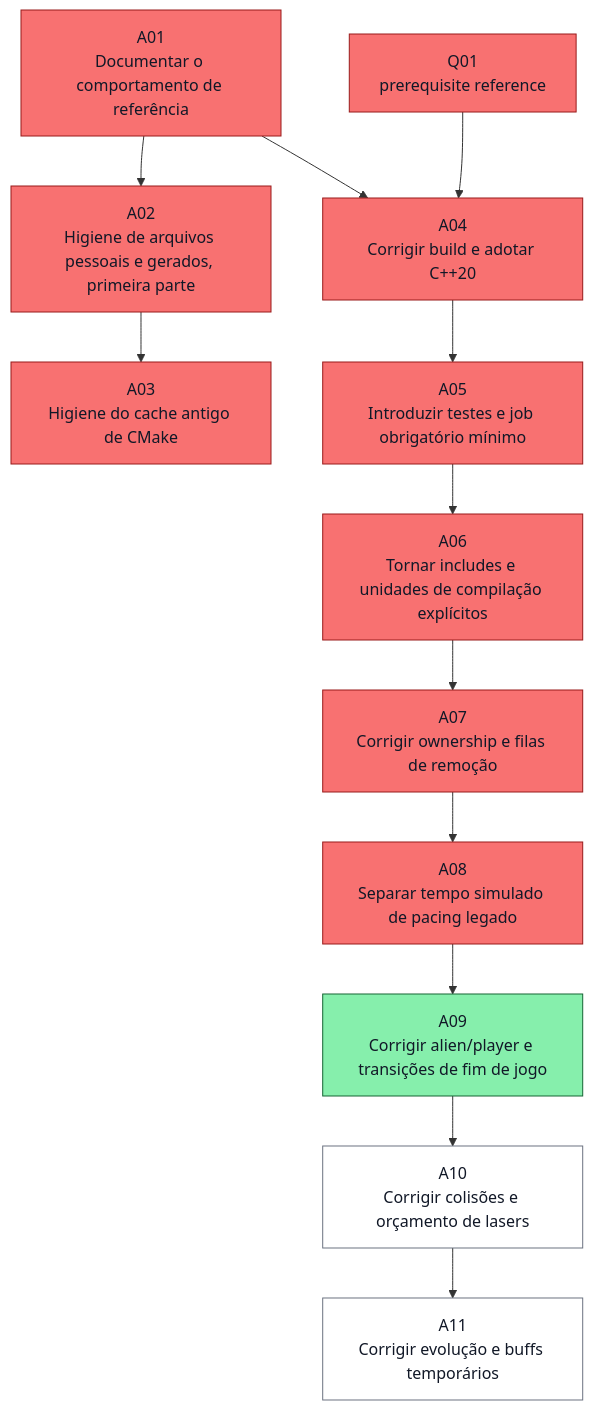
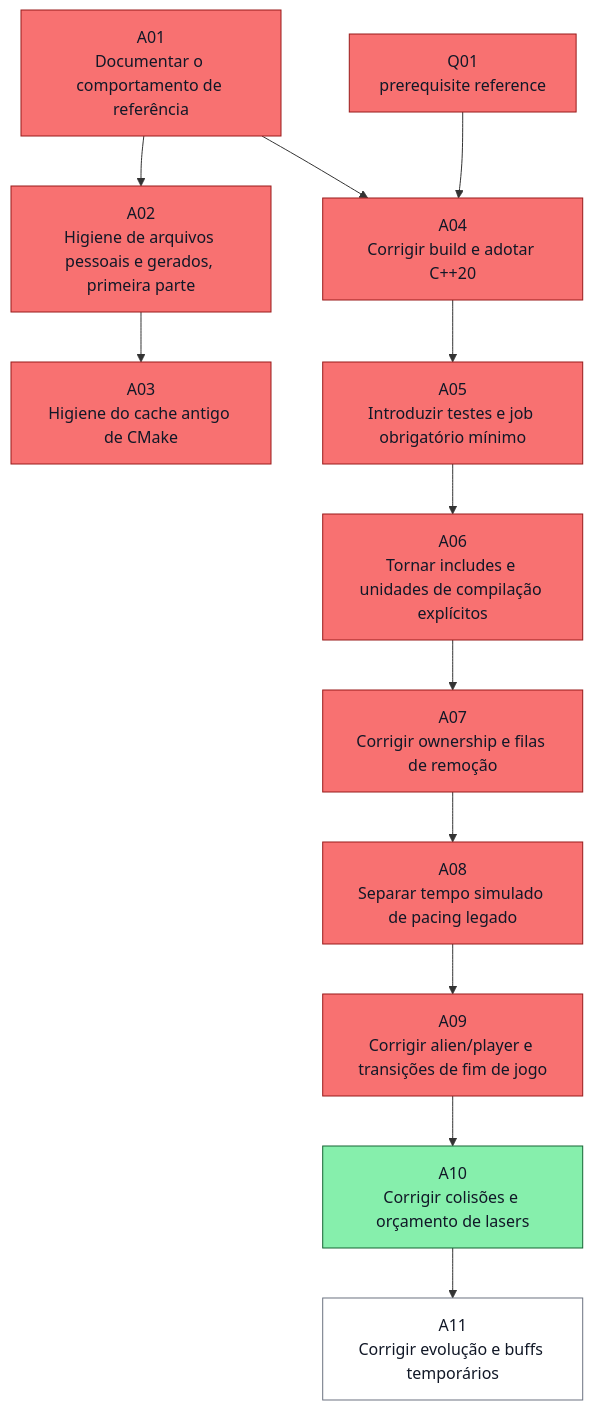
Before and after one commit to ocarizr/spaceraiders: the second of 27 diagrams in docs/task-dependencies.md, drawn with Mermaid. The commit also changed other lines of this file and 9 other files, not shown here.

````diff
--- a/docs/task-dependencies.md
+++ b/docs/task-dependencies.md
@@ -118,29 +119,29 @@
 ```mermaid
 flowchart TD
     ref_A_Q01["Q01<br/>prerequisite reference"]:::done
     A01["A01<br/>Documentar o comportamento de referência"]:::done
     A02["A02<br/>Higiene de arquivos pessoais e gerados, primeira parte"]:::done
     A03["A03<br/>Higiene do cache antigo de CMake"]:::done
     A04["A04<br/>Corrigir build e adotar C++20"]:::done
     A05["A05<br/>Introduzir testes e job obrigatório mínimo"]:::done
     A06["A06<br/>Tornar includes e unidades de compilação explícitos"]:::done
     A07["A07<br/>Corrigir ownership e filas de remoção"]:::done
     A08["A08<br/>Separar tempo simulado de pacing legado"]:::done
-    A09["A09<br/>Corrigir alien/player e transições de fim de jogo"]:::ready
-    A10["A10<br/>Corrigir colisões e orçamento de lasers"]:::pending
+    A09["A09<br/>Corrigir alien/player e transições de fim de jogo"]:::done
+    A10["A10<br/>Corrigir colisões e orçamento de lasers"]:::ready
     A11["A11<br/>Corrigir evolução e buffs temporários"]:::pending
     A01 --> A02
     A02 --> A03
     A01 --> A04
     ref_A_Q01 --> A04
     A04 --> A05
     A05 --> A06
     A06 --> A07
     A07 --> A08
     A08 --> A09
     A09 --> A10
     A10 --> A11
     classDef pending fill:#ffffff,stroke:#6b7280,color:#111827
     classDef ready fill:#86efac,stroke:#166534,color:#111827
     classDef done fill:#f87171,stroke:#991b1b,color:#111827
 ```
````
